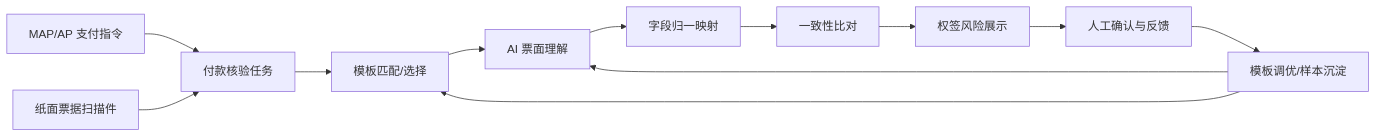
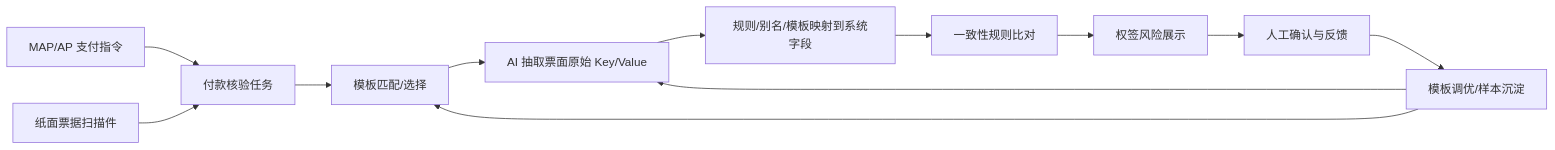
The diagram in README.md (LuluCJJ/bill-verification), drawn with Mermaid before and after one commit. The commit also changed other lines of this file and 17 other files, not shown here.

````diff
--- a/README.md
+++ b/README.md
@@ -41,14 +49,14 @@
 ```mermaid
 flowchart LR
     A["MAP/AP 支付指令"] --> C["付款核验任务"]
     B["纸面票据扫描件"] --> C
     C --> D["模板匹配/选择"]
-    D --> E["AI 票面理解"]
-    E --> F["字段归一映射"]
-    F --> G["一致性比对"]
+    D --> E["AI 抽取票面原始 Key/Value"]
+    E --> F["规则/别名/模板映射到系统字段"]
+    F --> G["一致性规则比对"]
     G --> H["权签风险展示"]
     H --> I["人工确认与反馈"]
     I --> J["模板调优/样本沉淀"]
     J --> D
     J --> E
 ```
````
